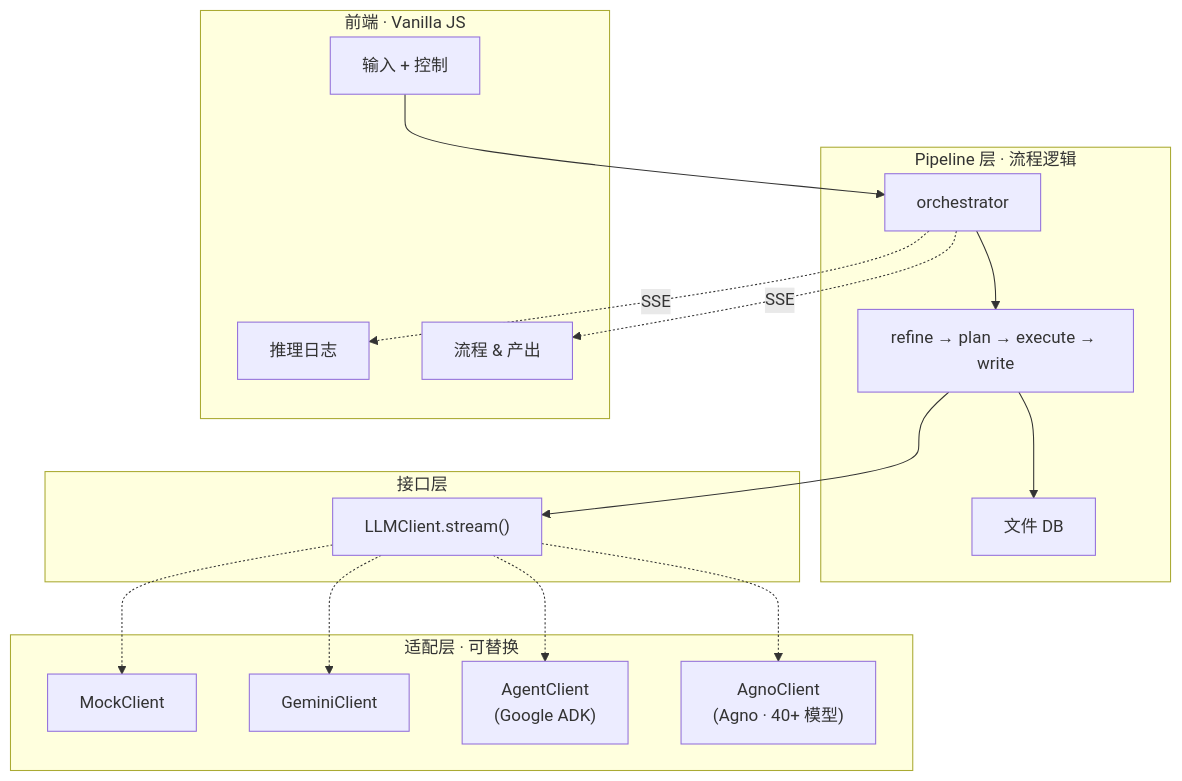
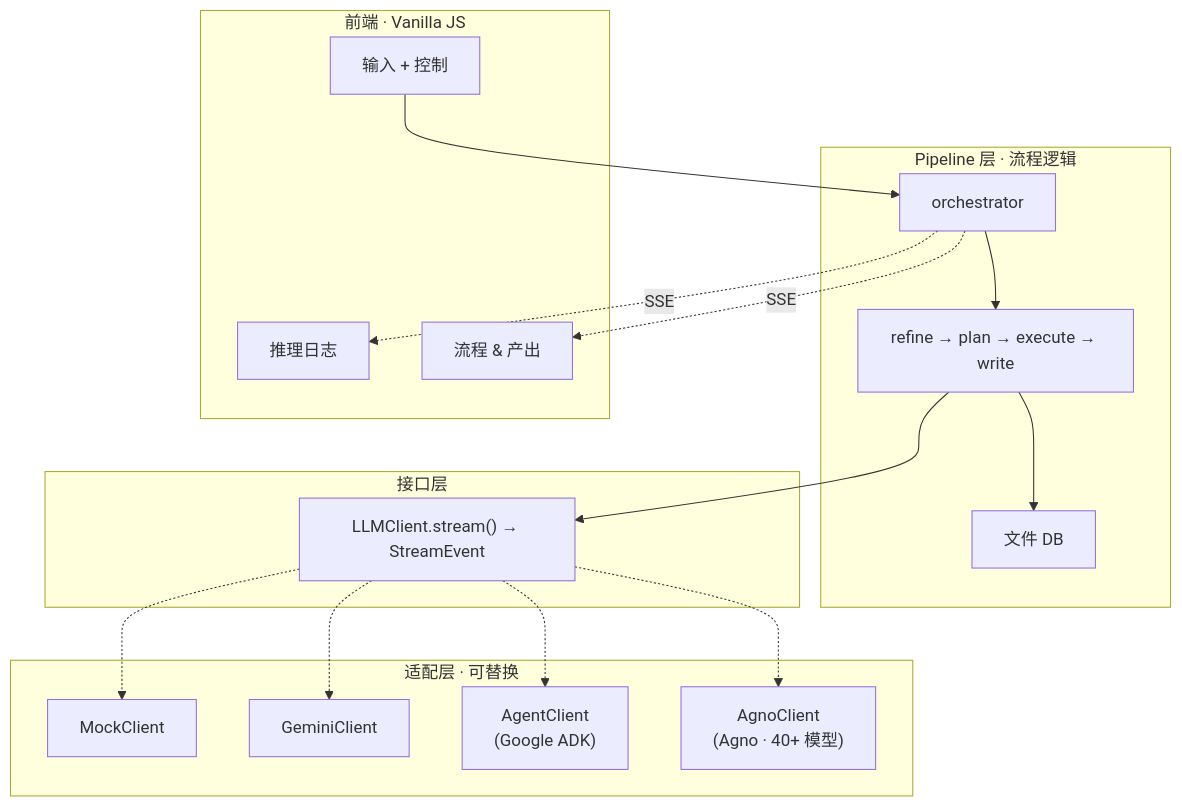
The second of 2 diagrams in README_CN.md (dozybot001/maars), drawn with Mermaid before and after one commit. The commit also changed 1 other file, not shown here.

Commit message:
docs: fix interface layer — LLMClient.stream() yields StreamEvent

````diff
--- a/README_CN.md
+++ b/README_CN.md
@@ -48,34 +48,34 @@
 ```mermaid
 flowchart TB
     subgraph Pipeline["Pipeline 层 · 流程逻辑"]
         ORCH["orchestrator"] --> STAGES["refine → plan → execute → write"]
         STAGES --> DB["文件 DB"]
     end
 
     subgraph Interface["接口层"]
-        LLM["LLMClient.stream()"]
+        LLM["LLMClient.stream() → StreamEvent"]
     end
 
     subgraph Adapters["适配层 · 可替换"]
         MOCK["MockClient"]
         GEMINI["GeminiClient"]
         ADK["AgentClient\n(Google ADK)"]
         AGNO["AgnoClient\n(Agno · 40+ 模型)"]
     end
 
     STAGES --> LLM
     LLM -.-> MOCK
     LLM -.-> GEMINI
     LLM -.-> ADK
     LLM -.-> AGNO
 
     subgraph FE["前端 · Vanilla JS"]
         UI["输入 + 控制"]
         LOG["推理日志"]
         PROC["流程 & 产出"]
     end
 
     UI --> ORCH
     ORCH -."SSE".-> LOG
     ORCH -."SSE".-> PROC
 ```
````
